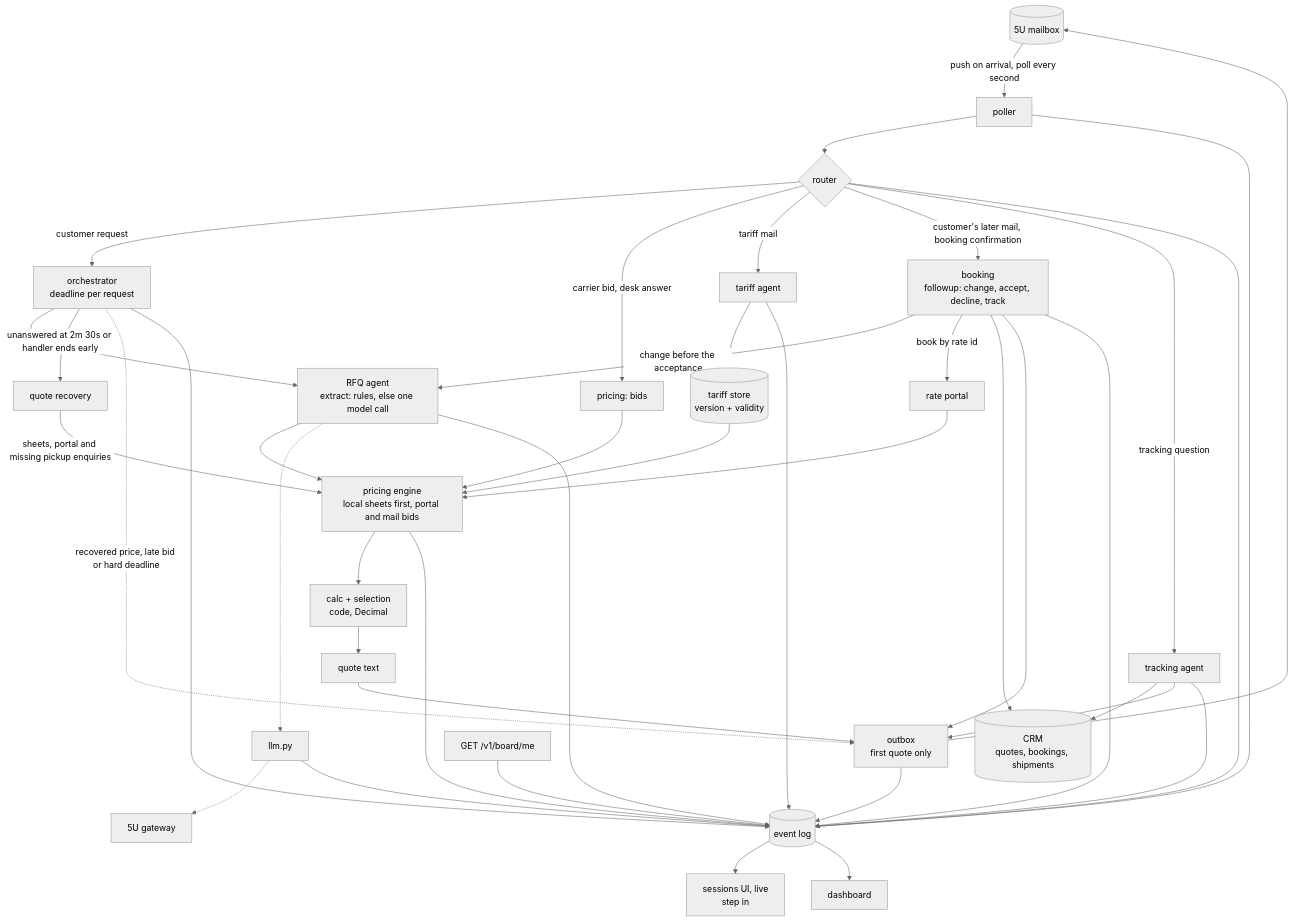
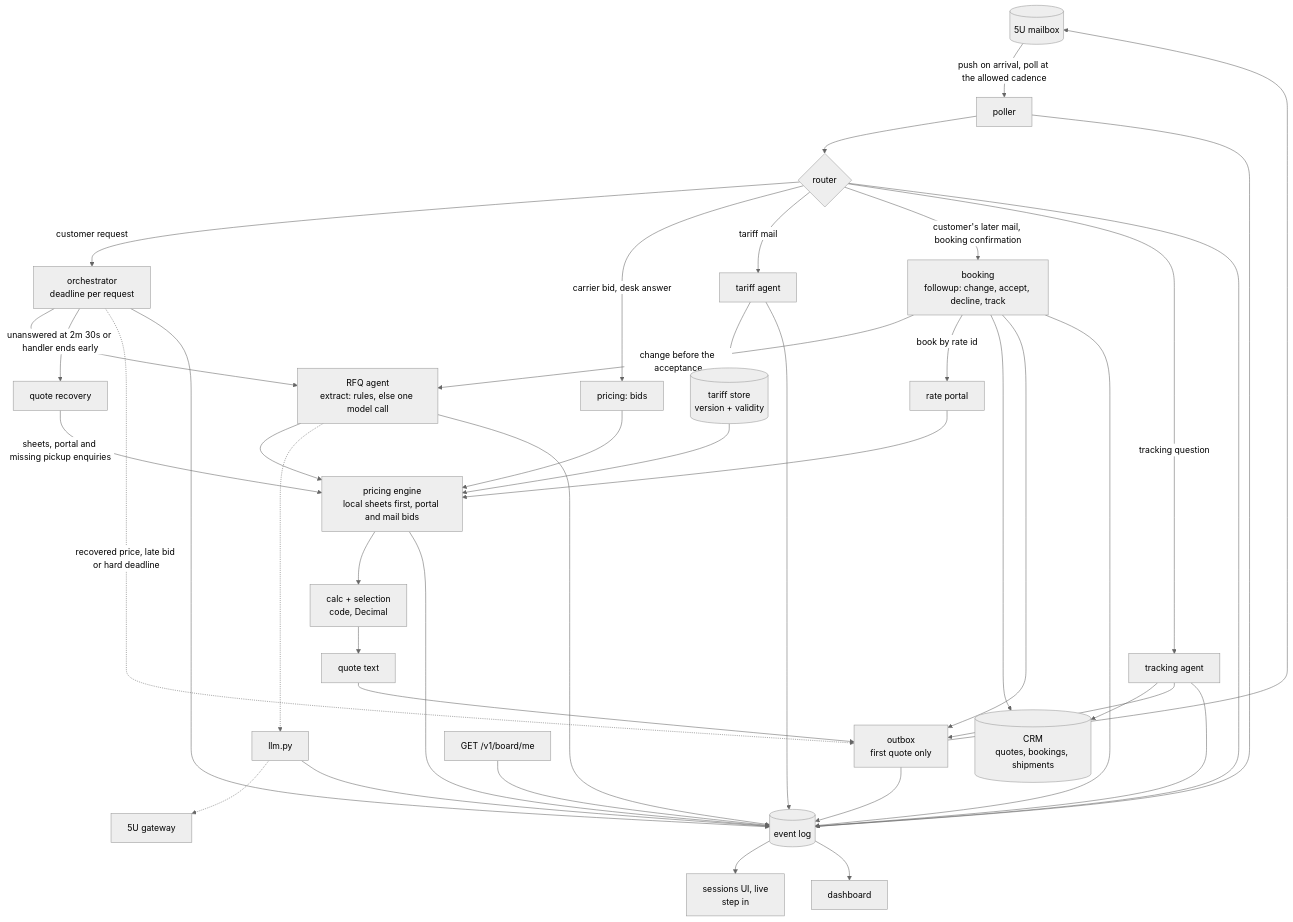
Before and after one commit to lucakammerer/pixel: the diagram in README.md, drawn with Mermaid (neutral theme). The commit also changed 3 other files, not shown here.

Commit message:
fix(poller): honor live mailbox polling limits

````diff
--- a/README.md
+++ b/README.md
@@ -8,37 +8,37 @@
 ```mermaid
 flowchart TD
-    MB[(5U mailbox)] -->|push on arrival, poll every second| P[poller]
+    MB[(5U mailbox)] -->|push on arrival, poll at the allowed cadence| P[poller]
     P --> R{router}
     R -->|customer request| O[orchestrator<br/>deadline per request]
     R -->|carrier bid, desk answer| BID[pricing: bids]
     R -->|tariff mail| T[tariff agent]
     R -->|customer's later mail, booking confirmation| BK[booking<br/>followup: change, accept, decline, track]
     BK -->|change before the acceptance| RFQ
     R -->|tracking question| TR[tracking agent]
 
     O --> RFQ[RFQ agent<br/>extract: rules, else one model call]
     RFQ --> ENG[pricing engine<br/>local sheets first, portal and mail bids]
     T --> ST[(tariff store<br/>version + validity)]
     ST --> ENG
     PORTAL[rate portal] --> ENG
     BID --> ENG
     ENG --> SEL[calc + selection<br/>code, Decimal]
     SEL --> Q[quote text]
     Q --> OUT[outbox<br/>first quote only]
     O -->|unanswered at 2m 30s or handler ends early| REC[quote recovery]
     REC -->|sheets, portal and missing pickup enquiries| ENG
     O -.->|recovered price, late bid or hard deadline| OUT
     OUT --> MB
 
     BK -->|book by rate id| PORTAL
     BK --> CRM[(CRM<br/>quotes, bookings, shipments)]
     TR --> CRM
     TR --> OUT
     BK --> OUT
 
     RFQ -.-> LLM[llm.py] -.-> GW[5U gateway]
     P & R & O & RFQ & ENG & OUT & BK & TR & T & LLM --> EV[(event log)]
     EV --> UI[sessions UI, live<br/>step in]
     EV --> DASH[dashboard]
     BOARD["GET /v1/board/me"] --> EV
 ```
````
